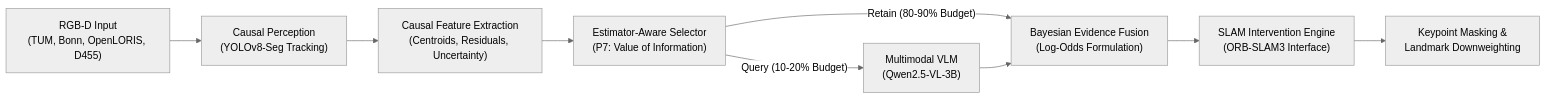
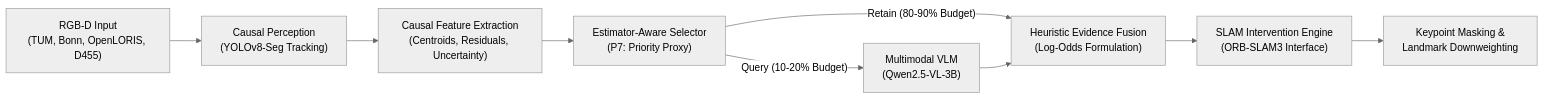
One commit to YashBhardwaj21/estimator-aware-vlm changed the diagram in results/publication_campaign/CAMERA_READY_RESEARCH_MANUSCRIPT.md. Above: the diagram before and after it, drawn with Mermaid (neutral theme). The commit also changed other lines of this file and 8 other files, not shown here.

````diff
--- a/results/publication_campaign/CAMERA_READY_RESEARCH_MANUSCRIPT.md
+++ b/results/publication_campaign/CAMERA_READY_RESEARCH_MANUSCRIPT.md
@@ -24,11 +25,11 @@
 ```mermaid
 flowchart LR
     A["RGB-D Input<br>(TUM, Bonn, OpenLORIS, D455)"] --> B["Causal Perception<br>(YOLOv8-Seg Tracking)"]
     B --> C["Causal Feature Extraction<br>(Centroids, Residuals, Uncertainty)"]
-    C --> D["Estimator-Aware Selector<br>(P7: Value of Information)"]
+    C --> D["Estimator-Aware Selector<br>(P7: Priority Proxy)"]
     D -- "Query (10-20% Budget)" --> E["Multimodal VLM<br>(Qwen2.5-VL-3B)"]
-    D -- "Retain (80-90% Budget)" --> F["Bayesian Evidence Fusion<br>(Log-Odds Formulation)"]
+    D -- "Retain (80-90% Budget)" --> F["Heuristic Evidence Fusion<br>(Log-Odds Formulation)"]
     E --> F
     F --> G["SLAM Intervention Engine<br>(ORB-SLAM3 Interface)"]
     G --> H["Keypoint Masking &<br>Landmark Downweighting"]
 ```
````
